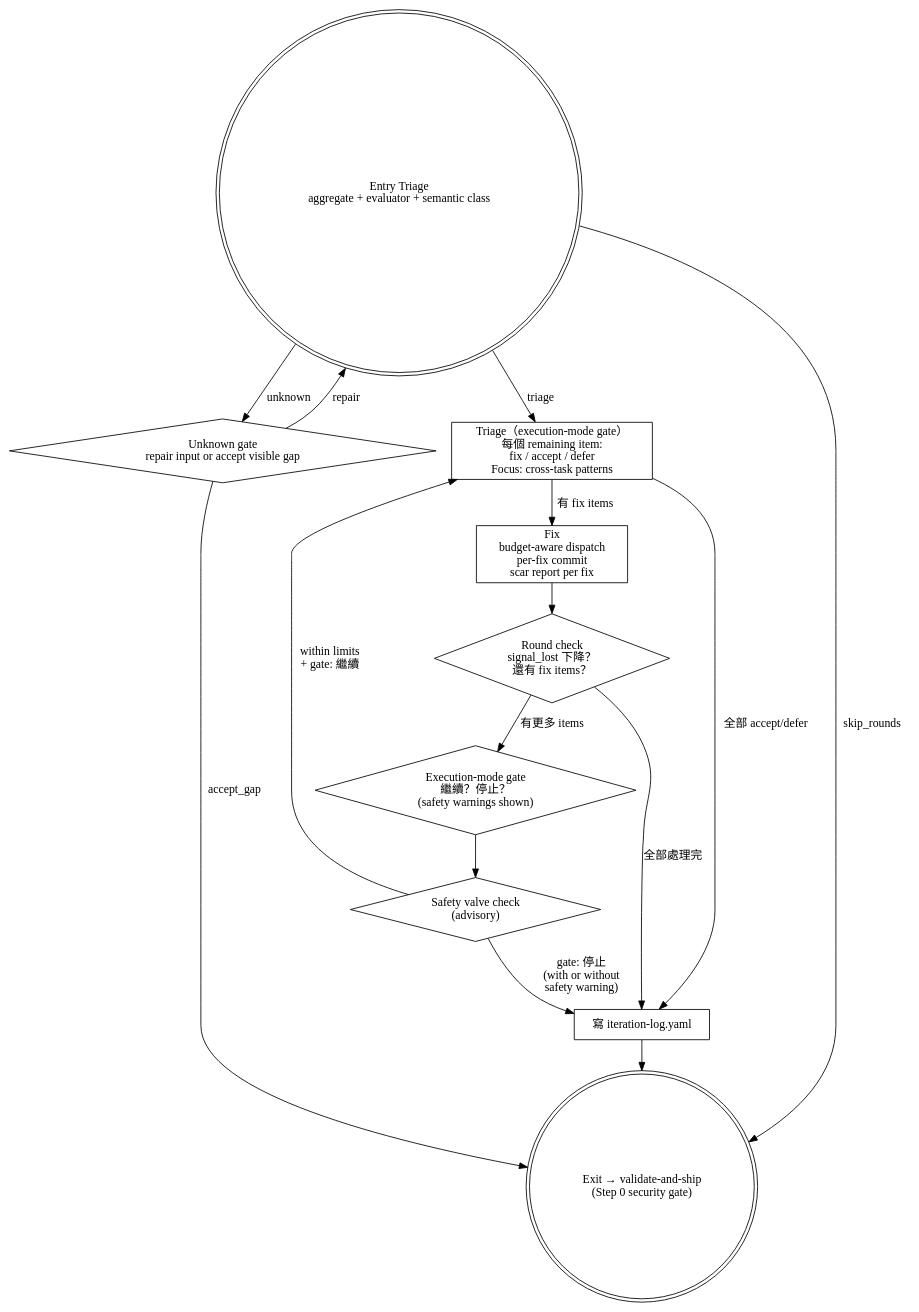
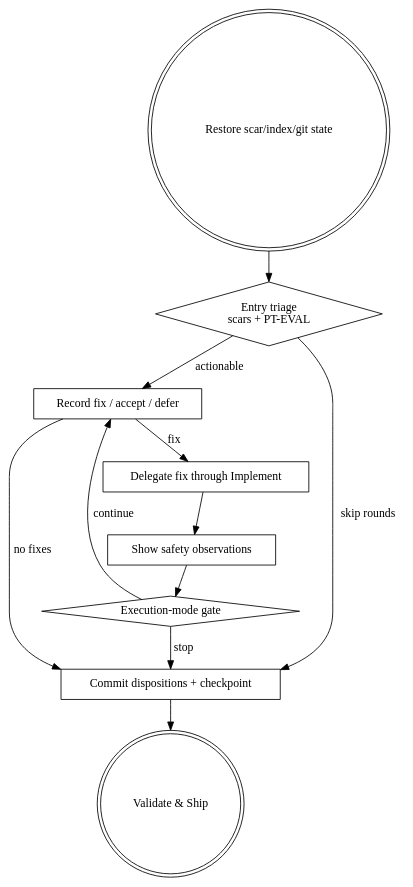
Before and after one commit to roymondliao/samsara: the diagram in skills/iteration/SKILL.md, drawn with Graphviz. The commit also changed other lines of this file and 24 other files, not shown here.

Commit message:
refactor(iteration): make scar items lifecycle authority

````diff
--- a/skills/iteration/SKILL.md
+++ b/skills/iteration/SKILL.md
@@ -61,30 +24,24 @@
 ```dot
 digraph iteration {
     node [shape=box];
+    start [label="Restore scar/index/git state" shape=doublecircle];
+    entry [label="Entry triage\nscars + PT-EVAL" shape=diamond];
+    classify [label="Record fix / accept / defer"];
+    fix [label="Delegate fix through Implement"];
+    safety [label="Show safety observations"];
+    gate [label="Execution-mode gate" shape=diamond];
+    commit [label="Commit dispositions + checkpoint"];
+    ship [label="Validate & Ship" shape=doublecircle];
 
-    entry [label="Entry Triage\naggregate + evaluator + semantic class" shape=doublecircle];
-    unknown [label="Unknown gate\nrepair input or accept visible gap" shape=diamond];
-    triage [label="Triage（execution-mode gate）\n每個 remaining item:\nfix / accept / defer\nFocus: cross-task patterns"];
-    fix [label="Fix\nbudget-aware dispatch\nper-fix commit\nscar report per fix"];
-    round_check [label="Round check\nsignal_lost 下降？\n還有 fix items？" shape=diamond];
-    safety [label="Safety valve check\n(advisory)" shape=diamond];
-    gate [label="Execution-mode gate\n繼續？停止？\n(safety warnings shown)" shape=diamond];
-    log [label="寫 iteration-log.yaml"];
-    exit [label="Exit → validate-and-ship\n(Step 0 security gate)" shape=doublecircle];
-
-    entry -> triage [label="triage"];
-    entry -> exit [label="skip_rounds"];
-    entry -> unknown [label="unknown"];
-    unknown -> entry [label="repair"];
-    unknown -> exit [label="accept_gap"];
-    triage -> fix [label="有 fix items"];
-    triage -> log [label="全部 accept/defer"];
-    fix -> round_check;
-    round_check -> gate [label="有更多 items"];
-    round_check -> log [label="全部處理完"];
-    gate -> safety;
-    safety -> triage [label="within limits\n+ gate: 繼續"];
-    safety -> log [label="gate: 停止\n(with or without\nsafety warning)"];
-    log -> exit;
+    start -> entry;
+    entry -> commit [label="skip rounds"];
+    entry -> classify [label="actionable"];
+    classify -> fix [label="fix"];
+    classify -> commit [label="no fixes"];
+    fix -> safety;
+    safety -> gate;
+    gate -> classify [label="continue"];
+    gate -> commit [label="stop"];
+    commit -> ship;
 }
 ```
````
